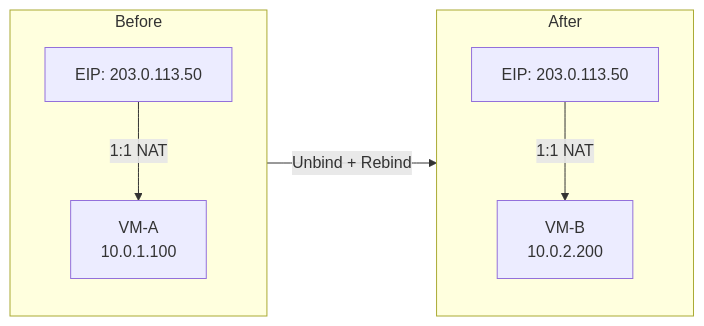
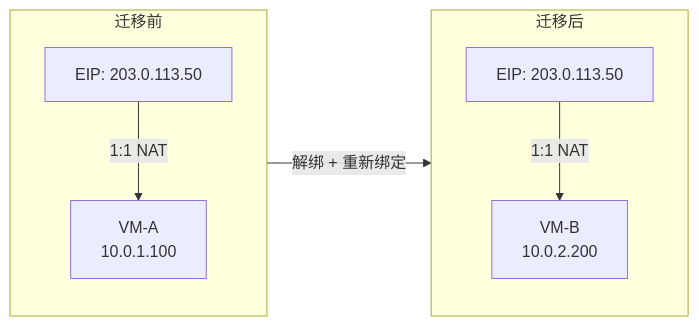
One commit to caozhiyi/network-book changed the second of 4 diagrams in docs/14.固定的公网身份弹性公网IP.md. Above: the diagram before and after it, drawn with Mermaid. The commit also changed other lines of this file and 77 other files, not shown here.

````diff
--- a/docs/14.固定的公网身份弹性公网IP.md
+++ b/docs/14.固定的公网身份弹性公网IP.md
@@ -114,10 +92,10 @@
 ```mermaid
 graph LR
-    subgraph Before
+    subgraph 迁移前
         EIP1[EIP: 203.0.113.50] -->|1:1 NAT| VMA[VM-A<br/>10.0.1.100]
     end
-    subgraph After
+    subgraph 迁移后
         EIP2[EIP: 203.0.113.50] -->|1:1 NAT| VMB[VM-B<br/>10.0.2.200]
     end
-    Before -->|Unbind + Rebind| After
+    迁移前 -->|解绑 + 重新绑定| 迁移后
 ```
````
